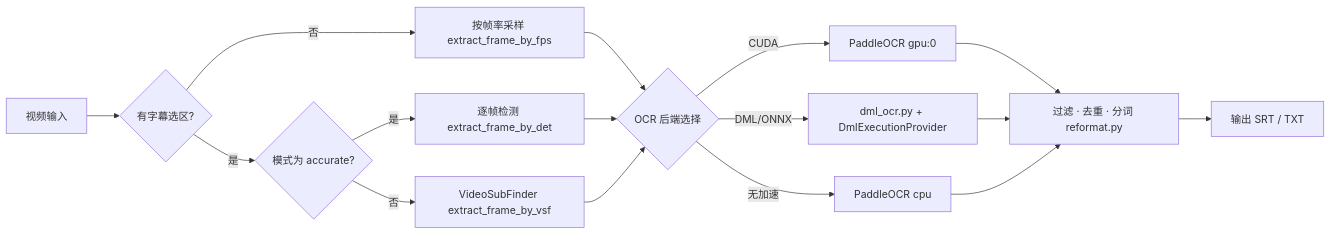
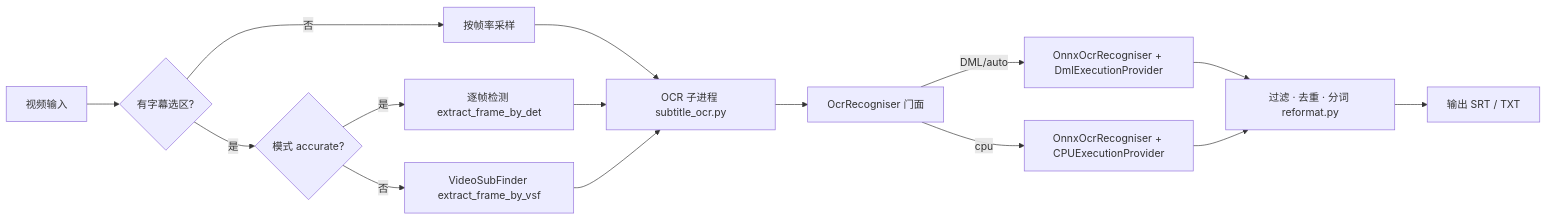
Before and after one commit to Catfish-Y/video-subtitle-extractor-DirectML: the first of 2 diagrams in CODEBASE_GUIDE.md, drawn with Mermaid. The commit also changed other lines of this file, not shown here.

````diff
--- a/CODEBASE_GUIDE.md
+++ b/CODEBASE_GUIDE.md
@@ -55,18 +55,17 @@
 ```mermaid
 flowchart LR
     A[视频输入] --> B{有字幕选区?}
-    B -->|否| C[按帧率采样 extract_frame_by_fps]
-    B -->|是| D{模式为 accurate?}
+    B -->|否| C[按帧率采样]
+    B -->|是| D{模式 accurate?}
     D -->|是| E[逐帧检测 extract_frame_by_det]
     D -->|否| F[VideoSubFinder extract_frame_by_vsf]
-    C --> G{OCR 后端选择}
+    C --> G[OCR 子进程 subtitle_ocr.py]
     E --> G
     F --> G
-    G -->|CUDA| H[PaddleOCR gpu:0]
-    G -->|DML/ONNX| I[dml_ocr.py + DmlExecutionProvider]
-    G -->|无加速| J[PaddleOCR cpu]
-    H --> K[过滤 · 去重 · 分词 reformat.py]
-    I --> K
+    G --> H[OcrRecogniser 门面]
+    H -->|DML/auto| I[OnnxOcrRecogniser + DmlExecutionProvider]
+    H -->|cpu| J[OnnxOcrRecogniser + CPUExecutionProvider]
+    I --> K[过滤 · 去重 · 分词 reformat.py]
     J --> K
     K --> L[输出 SRT / TXT]
 ```
````
